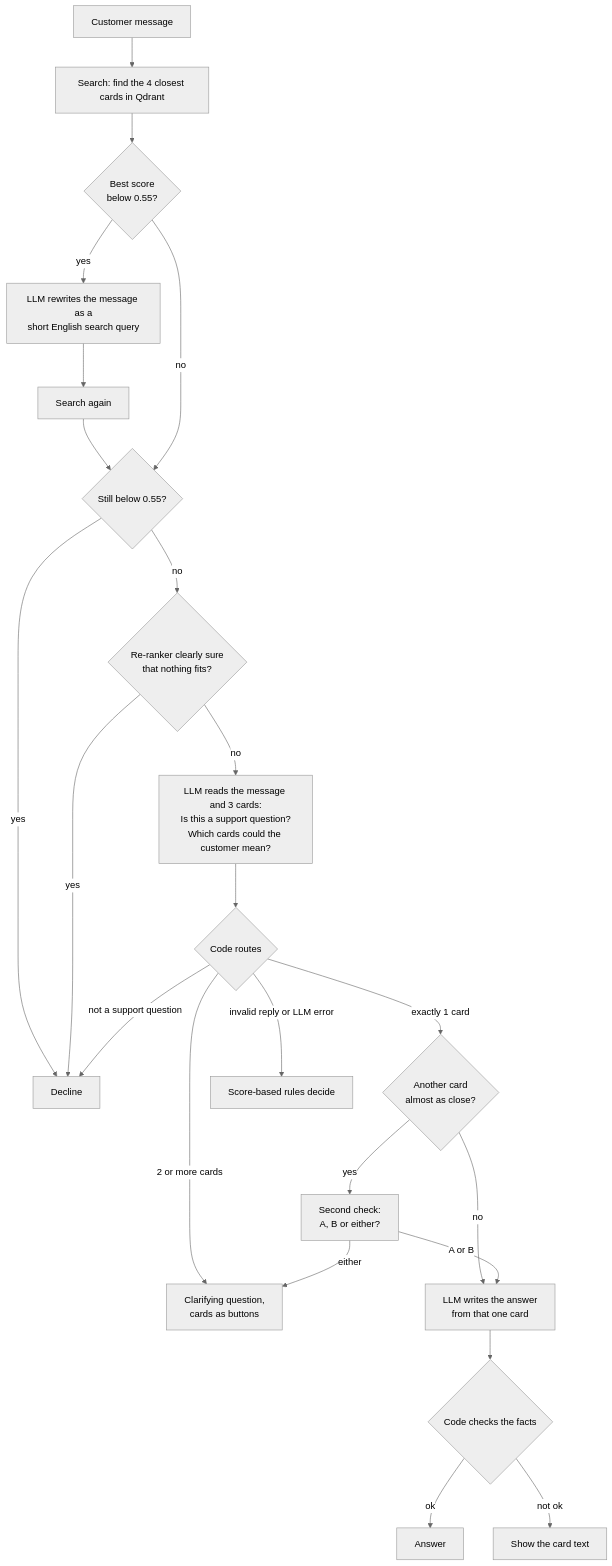
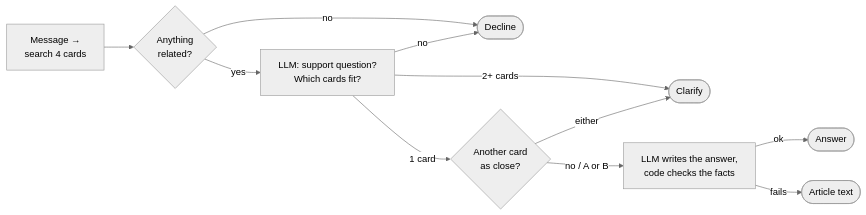
One commit to EinaasKharsah/agentic-support-assistant changed the diagram in README.md. Above: the diagram before and after it, drawn with Mermaid (neutral theme).

Commit message:
Make the README diagram more compact

````diff
--- a/README.md
+++ b/README.md
@@ -63,25 +63,13 @@
 ```mermaid
-flowchart TD
-    M[Customer message] --> S[Search: find the 4 closest cards in Qdrant]
-    S --> W{Best score<br/>below 0.55?}
-    W -- yes --> R[LLM rewrites the message as a<br/>short English search query]
-    R --> S2[Search again]
-    S2 --> G1
-    W -- no --> G1{Still below 0.55?}
-    G1 -- yes --> D[Decline]
-    G1 -- no --> RR{Re-ranker clearly sure<br/>that nothing fits?}
-    RR -- yes --> D
-    RR -- no --> L[LLM reads the message and 3 cards:<br/>Is this a support question?<br/>Which cards could the customer mean?]
-    L --> V{Code routes}
-    V -- not a support question --> D
-    V -- 2 or more cards --> C[Clarifying question,<br/>cards as buttons]
-    V -- exactly 1 card --> SC{Another card<br/>almost as close?}
-    SC -- no --> A[LLM writes the answer<br/>from that one card]
-    SC -- yes --> X[Second check:<br/>A, B or either?]
-    X -- A or B --> A
-    X -- either --> C
-    A --> FC{Code checks the facts}
-    FC -- ok --> OUT[Answer]
-    FC -- not ok --> CARD[Show the card text]
-    V -- invalid reply or LLM error --> F[Score-based rules decide]
+flowchart LR
+    S["Message →<br/>search 4 cards"] --> G{"Anything<br/>related?"}
+    G -- no --> D([Decline])
+    G -- yes --> L["LLM: support question?<br/>Which cards fit?"]
+    L -- no --> D
+    L -- 2+ cards --> C([Clarify])
+    L -- 1 card --> SC{"Another card<br/>as close?"}
+    SC -- either --> C
+    SC -- "no / A or B" --> A["LLM writes the answer,<br/>code checks the facts"]
+    A -- ok --> OUT([Answer])
+    A -- fails --> CARD([Article text])
 ```
````
